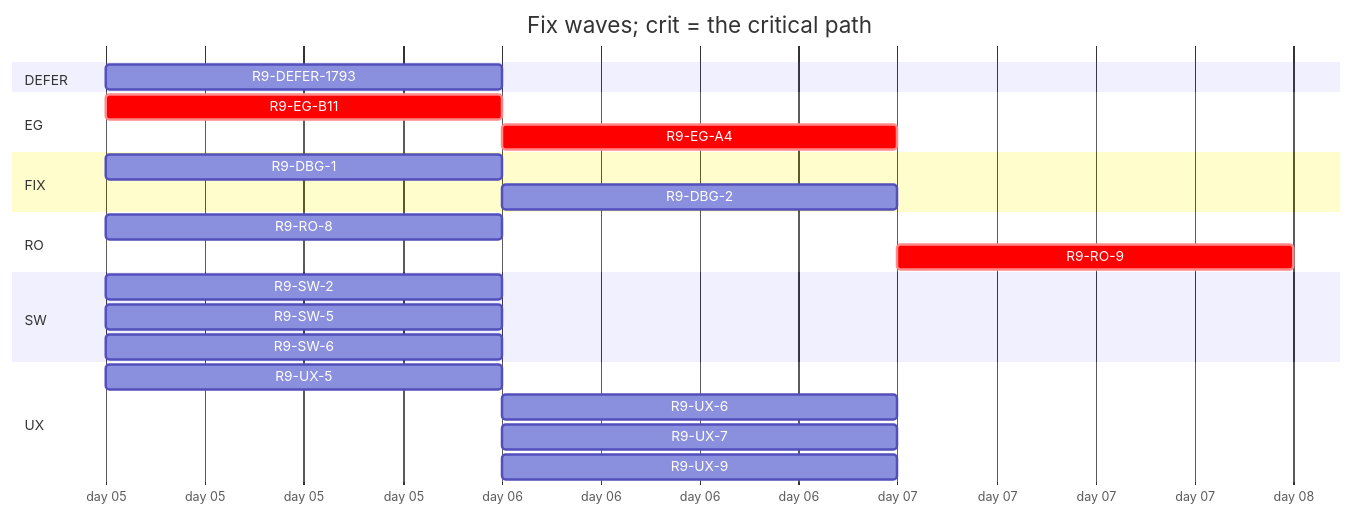
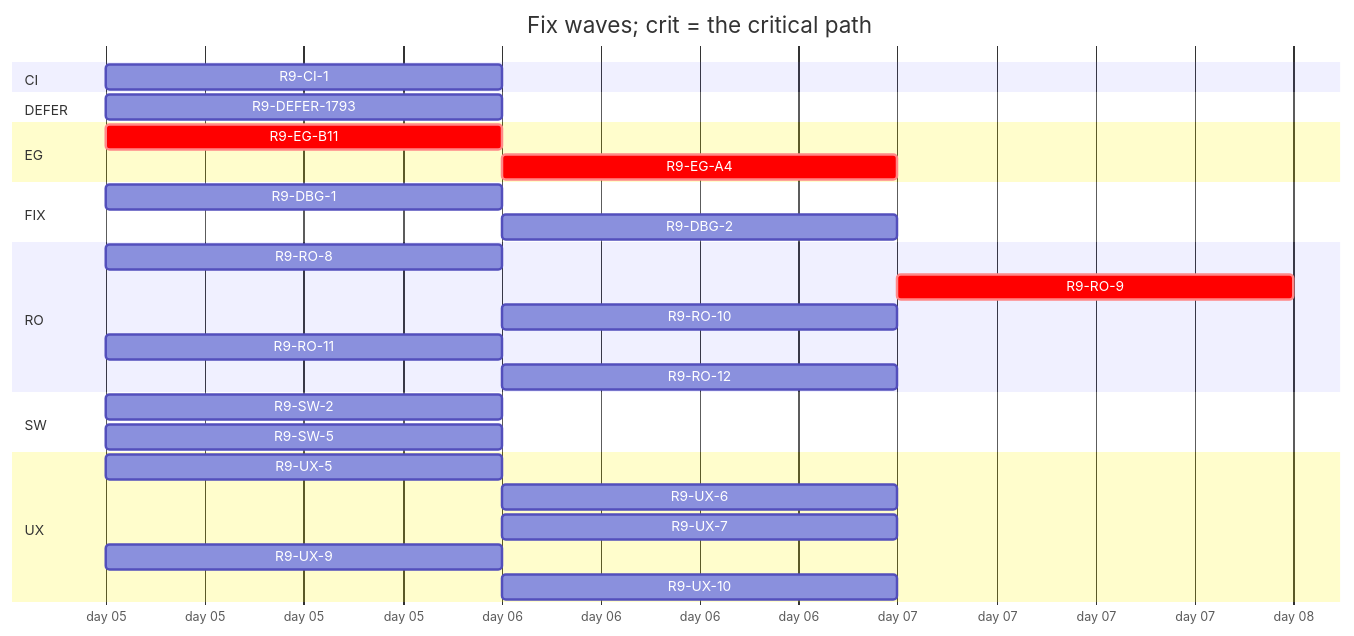
Before and after one commit to tvofi/heatpump_optimizer: the diagram in handoff/round9/state/PLAN-TABLE.md, drawn with Mermaid. The commit also changed other lines of this file and 2 other files, not shown here.

````diff
--- a/handoff/round9/state/PLAN-TABLE.md
+++ b/handoff/round9/state/PLAN-TABLE.md
@@ -19,26 +20,31 @@
 ```mermaid
 gantt
   title Fix waves; crit = the critical path
   dateFormat YYYY-MM-DD
   axisFormat day %d
+  section CI
+    R9-CI-1 :r9CI1, 2026-01-05, 1d
   section DEFER
     R9-DEFER-1793 :r9DEFER1793, 2026-01-05, 1d
   section EG
     R9-EG-B11 :crit, r9EGB11, 2026-01-05, 1d
     R9-EG-A4 :crit, r9EGA4, after r9EGB11, 1d
   section FIX
     R9-DBG-1 :r9DBG1, 2026-01-05, 1d
     R9-DBG-2 :r9DBG2, after r9DBG1, 1d
   section RO
     R9-RO-8 :r9RO8, 2026-01-05, 1d
     R9-RO-9 :crit, r9RO9, after r9RO8 r9EGA4 r9UX5 r9UX6 r9UX7, 1d
+    R9-RO-10 :r9RO10, after r9RO8, 1d
+    R9-RO-11 :r9RO11, 2026-01-05, 1d
+    R9-RO-12 :r9RO12, after r9CI1, 1d
   section SW
     R9-SW-2 :r9SW2, 2026-01-05, 1d
     R9-SW-5 :r9SW5, 2026-01-05, 1d
-    R9-SW-6 :r9SW6, 2026-01-05, 1d
   section UX
     R9-UX-5 :r9UX5, 2026-01-05, 1d
     R9-UX-6 :r9UX6, after r9EGB11 r9UX5, 1d
     R9-UX-7 :r9UX7, after r9EGB11 r9UX5, 1d
-    R9-UX-9 :r9UX9, after r9SW6, 1d
+    R9-UX-9 :r9UX9, 2026-01-05, 1d
+    R9-UX-10 :r9UX10, after r9UX9, 1d
 ```
````
